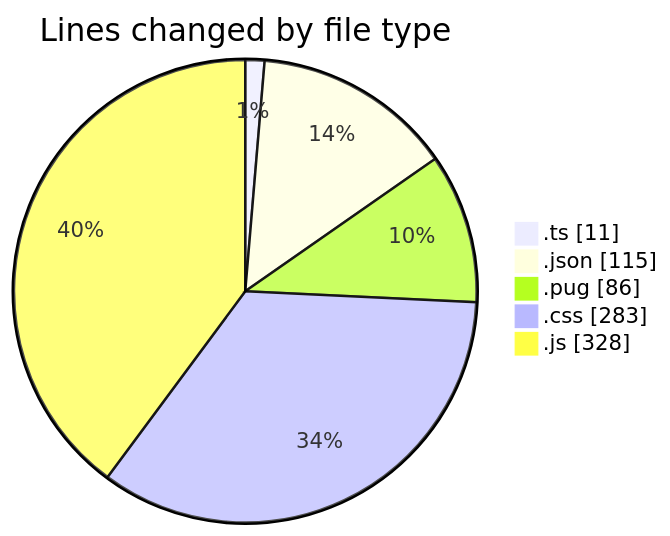
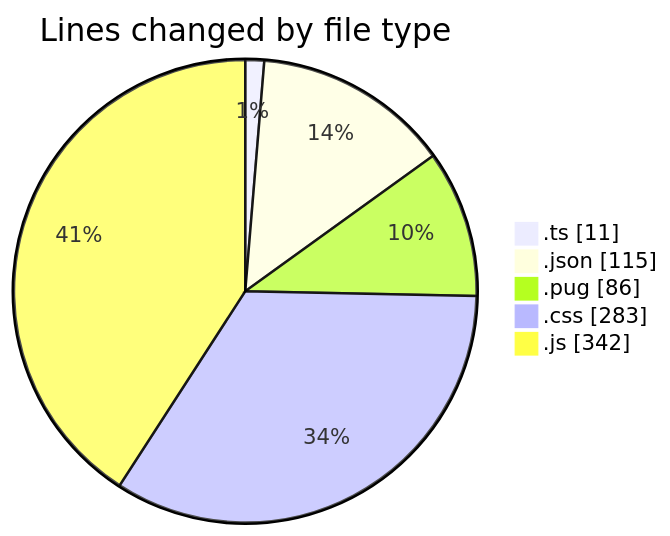
The first of 2 diagrams in 2025-02-24/cda/README.md (momahboobian/code-tracking), drawn with Mermaid before and after one commit. The commit also changed other lines of this file and 1 other file, not shown here.

````diff
--- a/2025-02-24/cda/README.md
+++ b/2025-02-24/cda/README.md
@@ -31,9 +31,9 @@
 ```mermaid
 pie showData
 title Lines changed by file type
 ".ts" : 11
 ".json" : 115
 ".pug" : 86
 ".css" : 283
-".js" : 328
+".js" : 342
 ```
````
